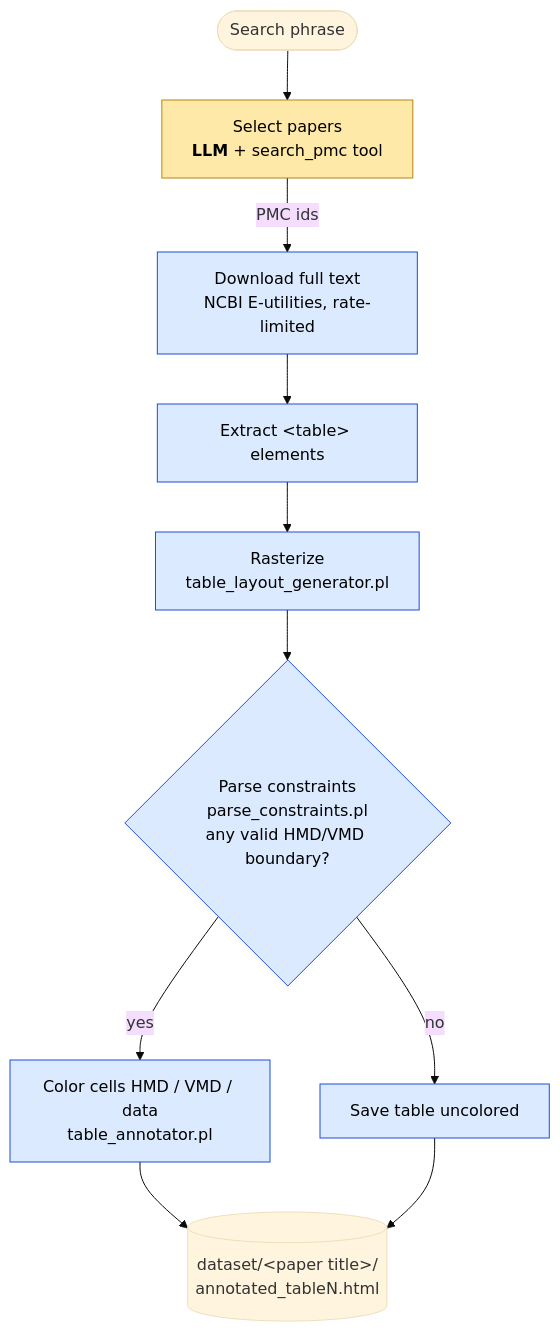
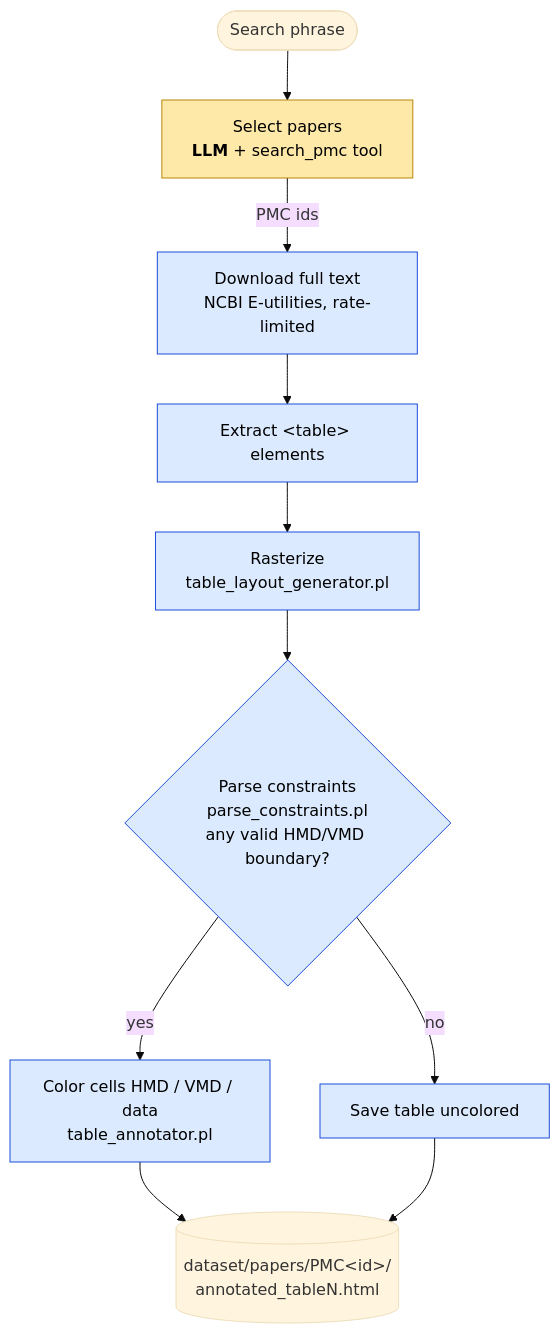
Before and after one commit to lzavalia/Logic-Based-Table-Parser: the diagram in dataset-builder-agent/summary.md, drawn with Mermaid (base theme). The commit also changed other lines of this file and 4 other files, not shown here.

Commit message:
fix paper output collisions and stale files with PMC-based directories and staged writes

````diff
--- a/dataset-builder-agent/summary.md
+++ b/dataset-builder-agent/summary.md
@@ -20,17 +20,17 @@
 ```mermaid
 flowchart TD
     A([Search phrase]) --> B["Select papers<br/><b>LLM</b> + search_pmc tool"]
     B -->|PMC ids| C["Download full text<br/>NCBI E-utilities, rate-limited"]
     C --> D["Extract &lt;table&gt; elements"]
     D --> E["Rasterize<br/>table_layout_generator.pl"]
     E --> F{"Parse constraints<br/>parse_constraints.pl<br/>any valid HMD/VMD boundary?"}
     F -->|yes| G["Color cells HMD / VMD / data<br/>table_annotator.pl"]
     F -->|no| H["Save table uncolored"]
-    G --> I[("dataset/&lt;paper title&gt;/<br/>annotated_tableN.html")]
+    G --> I[("dataset/papers/PMC&lt;id&gt;/<br/>annotated_tableN.html")]
     H --> I
 
     classDef llm fill:#ffe9a8,stroke:#b8860b,color:#000
     classDef logic fill:#dbeafe,stroke:#1d4ed8,color:#000
     class B llm
     class C,D,E,F,G,H logic
 ```
````
